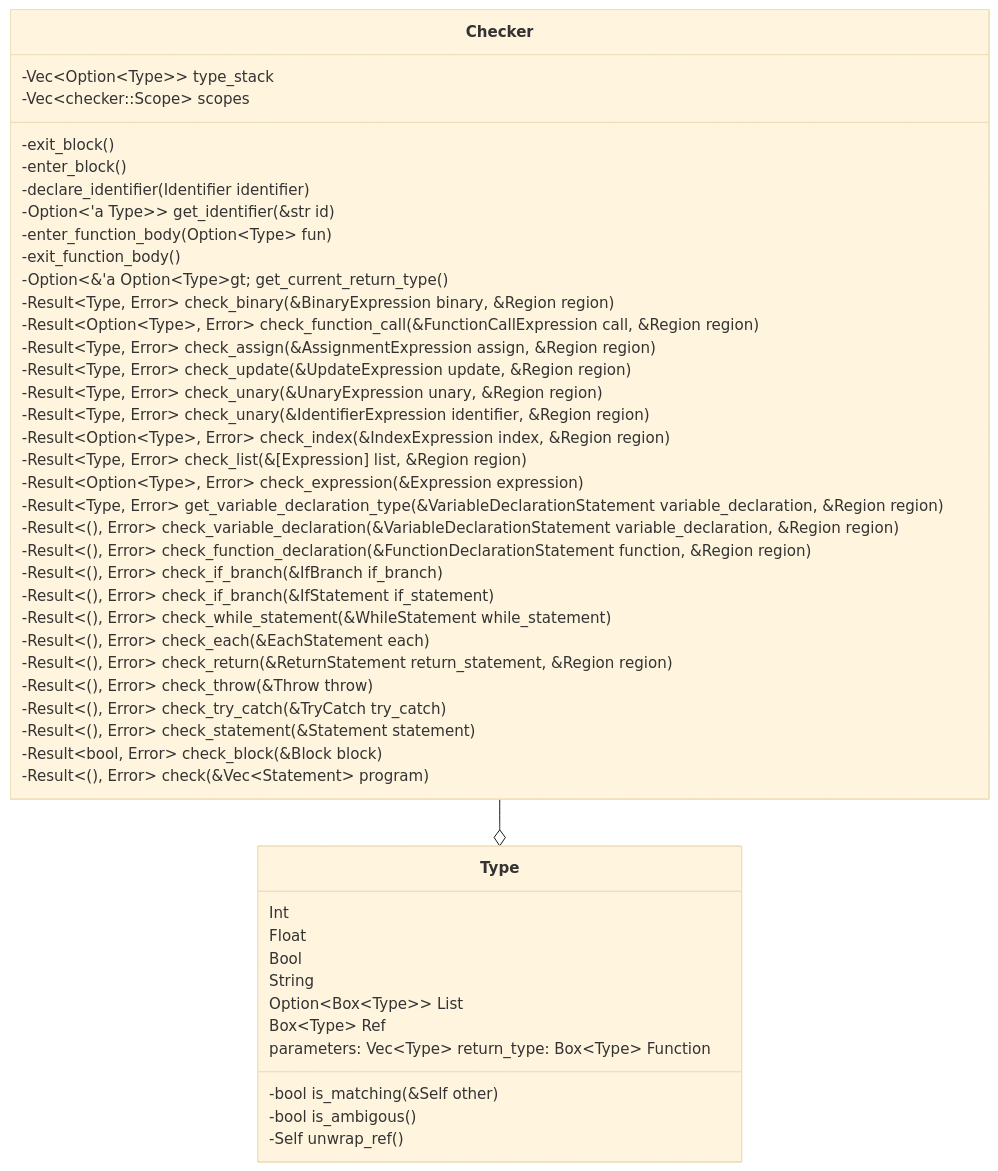
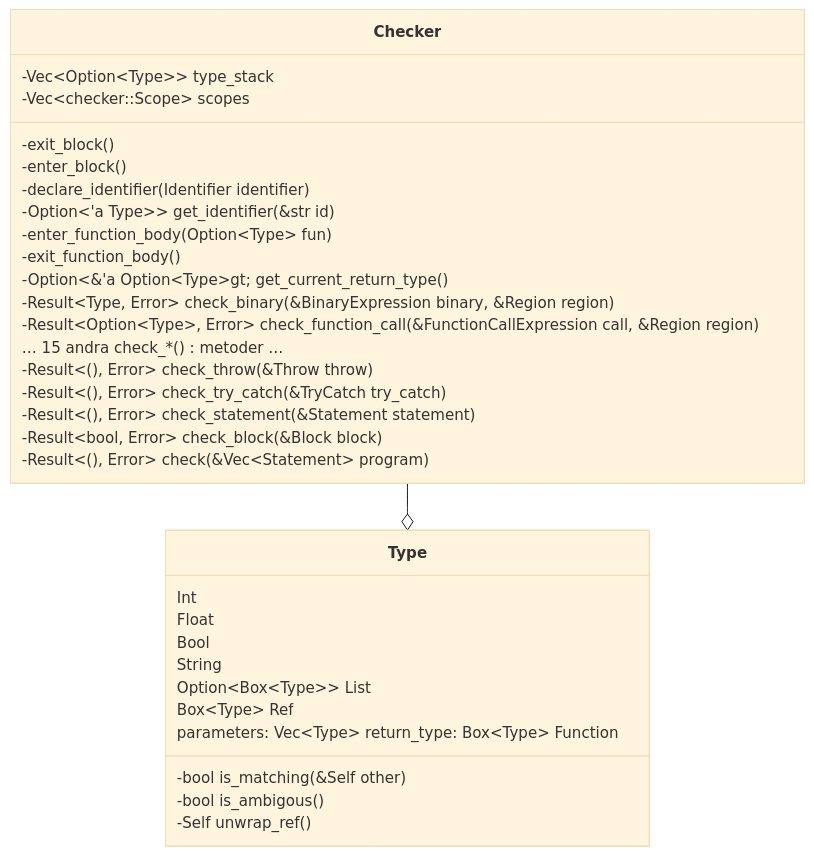
The diagram in docs/uml-checker.mmd (OttoRoming/TDP019), drawn with Mermaid (base theme) before and after one commit. The commit also changed 3 other files, not shown here.

Commit message:
uml update

```diff
--- a/docs/uml-checker.mmd
+++ b/docs/uml-checker.mmd
@@ -1,53 +1,39 @@
 classDiagram
 direction TB
     class Type {
 		Int
 		Float
 		Bool
 		String
 		Option&lt;Box&lt;Type&gt;&gt; List
 		Box&lt;Type&gt; Ref
 		parameters: Vec&lt;Type&gt; return_type: Box&lt;Type&gt; Function
 
 		-bool is_matching(&Self other)
 		-bool is_ambigous()
 		-Self unwrap_ref()
     }
 
 	class Checker {
 		-Vec&lt;Option&lt;Type&gt;&gt; type_stack
 		-Vec&lt;checker&colon;&colon;Scope&gt; scopes
 
 		-exit_block()
 		-enter_block()
 		-declare_identifier(Identifier identifier)
 		-Option&lt'a Type&gt;> get_identifier(&str id)
 		-enter_function_body(Option&lt;Type&gt; fun)
 		-exit_function_body()
 		-Option&lt;&'a Option&lt;Type&gt;gt; get_current_return_type()
 		-Result&lt;Type, Error&gt; check_binary(&BinaryExpression binary, &Region region)
 		-Result&lt;Option&lt;Type&gt;, Error&gt; check_function_call(&FunctionCallExpression call, &Region region)
-		-Result&lt;Type, Error&gt; check_assign(&AssignmentExpression assign, &Region region)
-		-Result&lt;Type, Error&gt; check_update(&UpdateExpression update, &Region region)
-		-Result&lt;Type, Error&gt; check_unary(&UnaryExpression unary, &Region region)
-		-Result&lt;Type, Error&gt; check_unary(&IdentifierExpression identifier, &Region region)
-		-Result&lt;Option&lt;Type&gt;, Error&gt; check_index(&IndexExpression index, &Region region)
-		-Result&lt;Type, Error&gt; check_list(&[Expression] list, &Region region)
-		-Result&lt;Option&lt;Type&gt;, Error&gt; check_expression(&Expression expression)
-		-Result&lt;Type, Error&gt; get_variable_declaration_type(&VariableDeclarationStatement variable_declaration, &Region region)
-		-Result&lt;(), Error&gt; check_variable_declaration(&VariableDeclarationStatement variable_declaration, &Region region)
-		-Result&lt;(), Error&gt; check_function_declaration(&FunctionDeclarationStatement function, &Region region)
-		-Result&lt;(), Error&gt; check_if_branch(&IfBranch if_branch)
-		-Result&lt;(), Error&gt; check_if_branch(&IfStatement if_statement)
-		-Result&lt;(), Error&gt; check_while_statement(&WhileStatement while_statement)
-		-Result&lt;(), Error&gt; check_each(&EachStatement each)
-		-Result&lt;(), Error&gt; check_return(&ReturnStatement return_statement, &Region region)
+	    &hellip; 15 andra check_*() metoder &hellip;
 		-Result&lt;(), Error&gt; check_throw(&Throw throw)
 		-Result&lt;(), Error&gt; check_try_catch(&TryCatch try_catch)
 		-Result&lt;(), Error&gt; check_statement(&Statement statement)
 		-Result&lt;bool, Error&gt; check_block(&Block block)
 		-Result&lt;(), Error&gt; check(&Vec&lt;Statement&gt; program)
 	}
 
 
 	Checker --o Type
```
